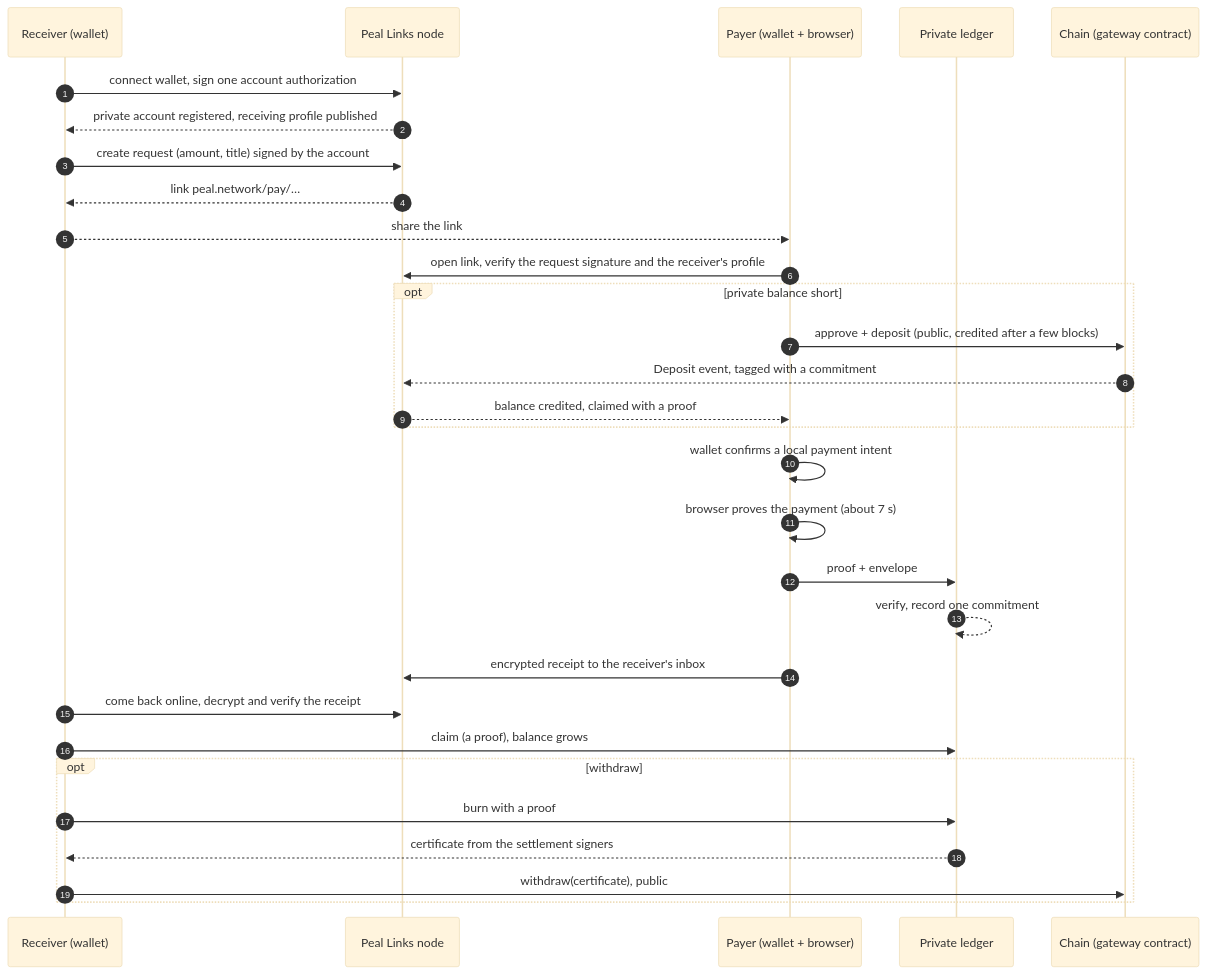
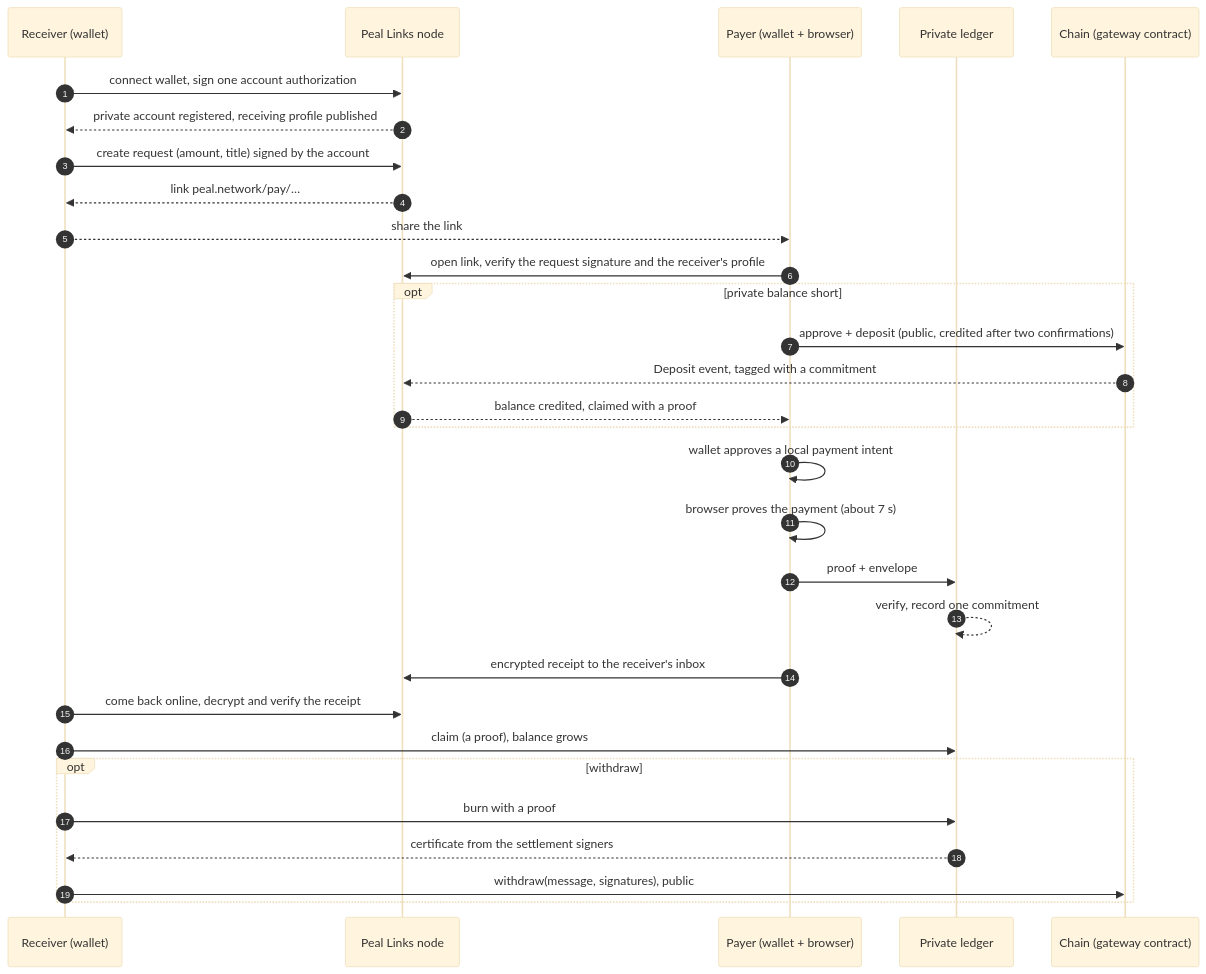
One commit to Adityaakr/peal changed the second of 6 diagrams in README.md. Above: the diagram before and after it, drawn with Mermaid (base theme). The commit also changed other lines of this file, not shown here.

````diff
--- a/README.md
+++ b/README.md
@@ -94,33 +123,33 @@
 ```mermaid
 sequenceDiagram
     autonumber
     participant R as Receiver (wallet)
     participant N as Peal Links node
     participant P as Payer (wallet + browser)
     participant L as Private ledger
     participant C as Chain (gateway contract)
 
     R->>N: connect wallet, sign one account authorization
     N-->>R: private account registered, receiving profile published
     R->>N: create request (amount, title) signed by the account
     N-->>R: link peal.network/pay/…
     R-->>P: share the link
     P->>N: open link, verify the request signature and the receiver's profile
     opt private balance short
-        P->>C: approve + deposit (public, credited after a few blocks)
+        P->>C: approve + deposit (public, credited after two confirmations)
         C-->>N: Deposit event, tagged with a commitment
         N-->>P: balance credited, claimed with a proof
     end
-    P->>P: wallet confirms a local payment intent
+    P->>P: wallet approves a local payment intent
     P->>P: browser proves the payment (about 7 s)
     P->>L: proof + envelope
     L-->>L: verify, record one commitment
     P->>N: encrypted receipt to the receiver's inbox
     R->>N: come back online, decrypt and verify the receipt
     R->>L: claim (a proof), balance grows
     opt withdraw
         R->>L: burn with a proof
         L-->>R: certificate from the settlement signers
-        R->>C: withdraw(certificate), public
+        R->>C: withdraw(message, signatures), public
     end
 ```
````
